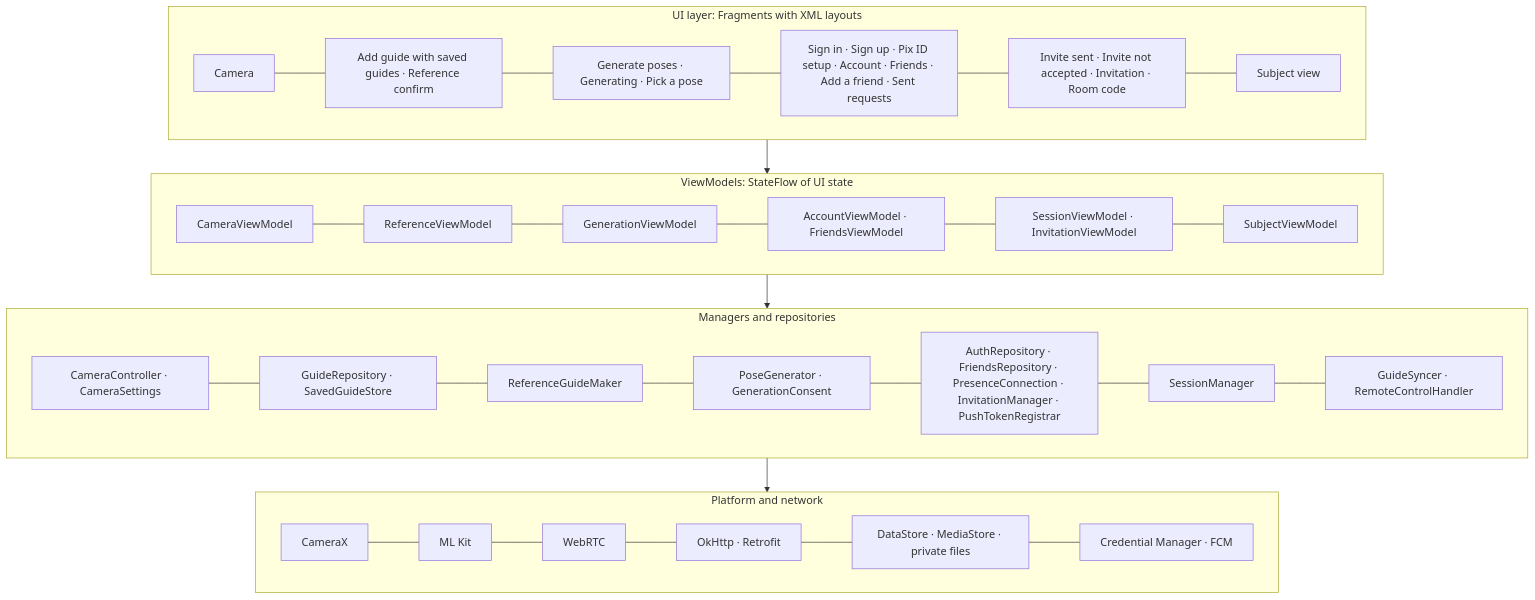
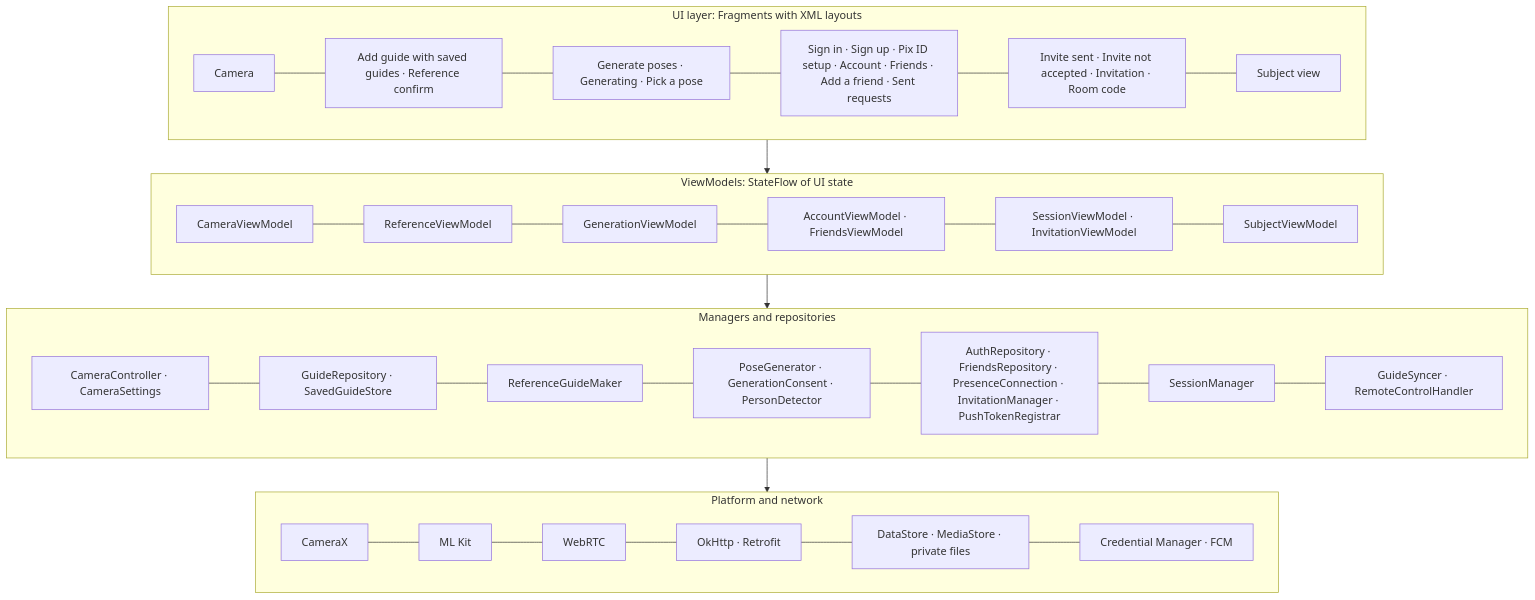
The fifth of 12 diagrams in wiki/Design-Documentation.md (snuhcs-course/swpp-2026-project-team-10), drawn with Mermaid before and after one commit. The commit also changed other lines of this file and 44 other files, not shown here.

First line of the commit message:
feat: check the scene photo for a person before pose generation

````diff
--- a/wiki/Design-Documentation.md
+++ b/wiki/Design-Documentation.md
@@ -332,16 +334,16 @@
 ```mermaid
 flowchart TB
   subgraph UI["UI layer: Fragments with XML layouts"]
     C1["Camera"] --- C2["Add guide with saved guides · Reference confirm"] --- C3["Generate poses · Generating · Pick a pose"] --- C4["Sign in · Sign up · Pix ID setup · Account · Friends · Add a friend · Sent requests"] --- C5["Invite sent · Invite not accepted · Invitation · Room code"] --- C6["Subject view"]
   end
   subgraph VM["ViewModels: StateFlow of UI state"]
     V1["CameraViewModel"] --- V2["ReferenceViewModel"] --- V3["GenerationViewModel"] --- V4["AccountViewModel · FriendsViewModel"] --- V5["SessionViewModel · InvitationViewModel"] --- V6["SubjectViewModel"]
   end
   subgraph DOM["Managers and repositories"]
-    D1["CameraController · CameraSettings"] --- D2["GuideRepository · SavedGuideStore"] --- D3["ReferenceGuideMaker"] --- D4["PoseGenerator · GenerationConsent"] --- D5["AuthRepository · FriendsRepository · PresenceConnection · InvitationManager · PushTokenRegistrar"] --- D6["SessionManager"] --- D7["GuideSyncer · RemoteControlHandler"]
+    D1["CameraController · CameraSettings"] --- D2["GuideRepository · SavedGuideStore"] --- D3["ReferenceGuideMaker"] --- D4["PoseGenerator · GenerationConsent · PersonDetector"] --- D5["AuthRepository · FriendsRepository · PresenceConnection · InvitationManager · PushTokenRegistrar"] --- D6["SessionManager"] --- D7["GuideSyncer · RemoteControlHandler"]
   end
   subgraph SRC["Platform and network"]
     S1["CameraX"] --- S2["ML Kit"] --- S3["WebRTC"] --- S4["OkHttp · Retrofit"] --- S5["DataStore · MediaStore · private files"] --- S6["Credential Manager · FCM"]
   end
   UI --> VM --> DOM --> SRC
 ```
````
